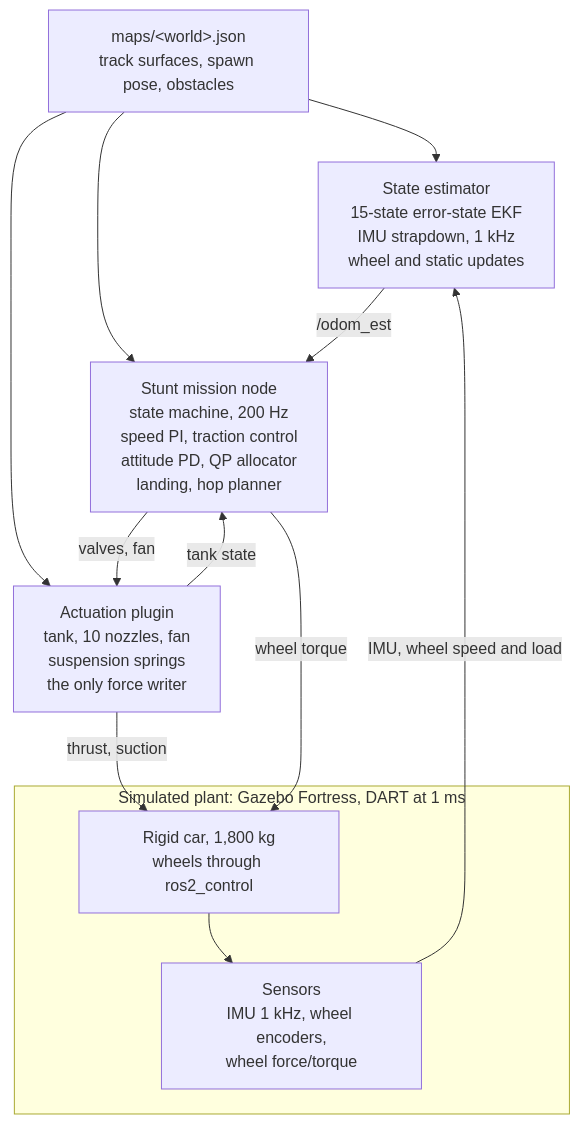
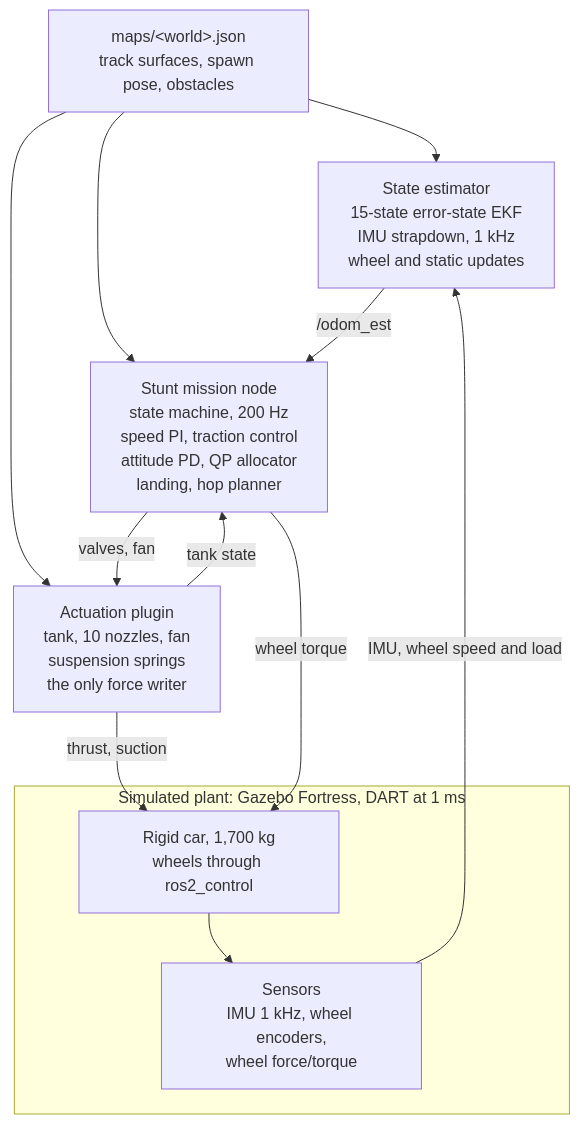
One commit to kfan12/roadster_demo changed the diagram in docs/reports/control_and_modelling_report.md. Above: the diagram before and after it, drawn with Mermaid. The commit also changed other lines of this file and 21 other files, not shown here.

````diff
--- a/docs/reports/control_and_modelling_report.md
+++ b/docs/reports/control_and_modelling_report.md
@@ -37,21 +37,21 @@
 ```mermaid
 flowchart TB
     map["maps/&lt;world&gt;.json<br/>track surfaces, spawn pose, obstacles"]
     est["State estimator<br/>15-state error-state EKF<br/>IMU strapdown, 1 kHz<br/>wheel and static updates"]
     mis["Stunt mission node<br/>state machine, 200 Hz<br/>speed PI, traction control<br/>attitude PD, QP allocator<br/>landing, hop planner"]
     act["Actuation plugin<br/>tank, 10 nozzles, fan<br/>suspension springs<br/>the only force writer"]
     subgraph plant["Simulated plant: Gazebo Fortress, DART at 1 ms"]
         sens["Sensors<br/>IMU 1 kHz, wheel encoders,<br/>wheel force/torque"]
-        car["Rigid car, 1,800 kg<br/>wheels through ros2_control"]
+        car["Rigid car, 1,700 kg<br/>wheels through ros2_control"]
     end
     map --> est
     map --> mis
     map --> act
     est -- "/odom_est" --> mis
     mis -- "valves, fan" --> act
     act -- "tank state" --> mis
     act -- "thrust, suction" --> car
     mis -- "wheel torque" --> car
     car --> sens
     sens -- "IMU, wheel speed and load" --> est
 ```
````
